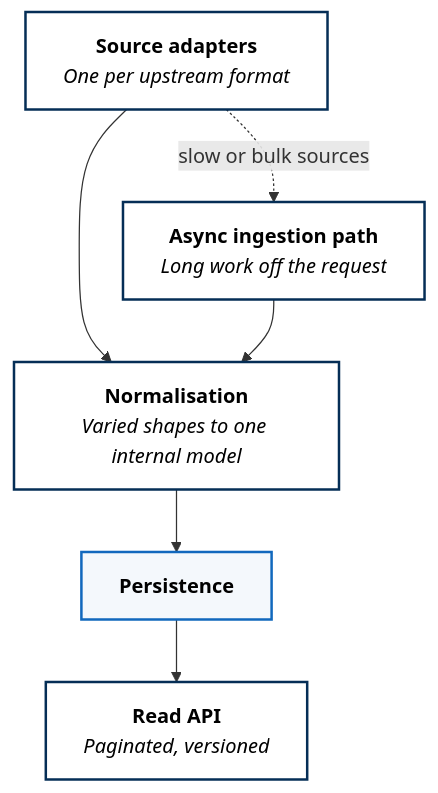
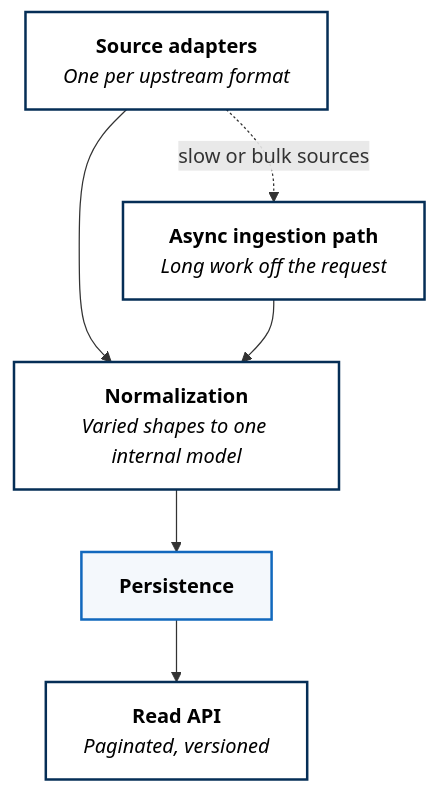
One commit to zavestudios/zavestudios changed the second of 2 diagrams in docs/architecture/tenant-workloads/data-normalization-service.md. Above: the diagram before and after it, drawn with Mermaid. The commit also changed other lines of this file and 4 other files, not shown here.

````diff
--- a/docs/architecture/tenant-workloads/data-normalization-service.md
+++ b/docs/architecture/tenant-workloads/data-normalization-service.md
@@ -75,18 +75,18 @@
 ```mermaid
 flowchart TB
   ingest["<b>Source adapters</b><br/><i>One per upstream format</i>"]
-  norm["<b>Normalisation</b><br/><i>Varied shapes to one internal model</i>"]
+  norm["<b>Normalization</b><br/><i>Varied shapes to one internal model</i>"]
   store["<b>Persistence</b>"]
   serve["<b>Read API</b><br/><i>Paginated, versioned</i>"]
   async["<b>Async ingestion path</b><br/><i>Long work off the request</i>"]
 
   ingest --> norm --> store
   store --> serve
   ingest -. "slow or bulk sources" .-> async
   async --> norm
 
   classDef comp fill:#ffffff,stroke:#052e56,stroke-width:2px,color:#000000
   classDef data fill:#f4f8fc,stroke:#1168bd,stroke-width:2px,color:#000000
   class ingest,norm,serve,async comp
   class store data
 ```
````
